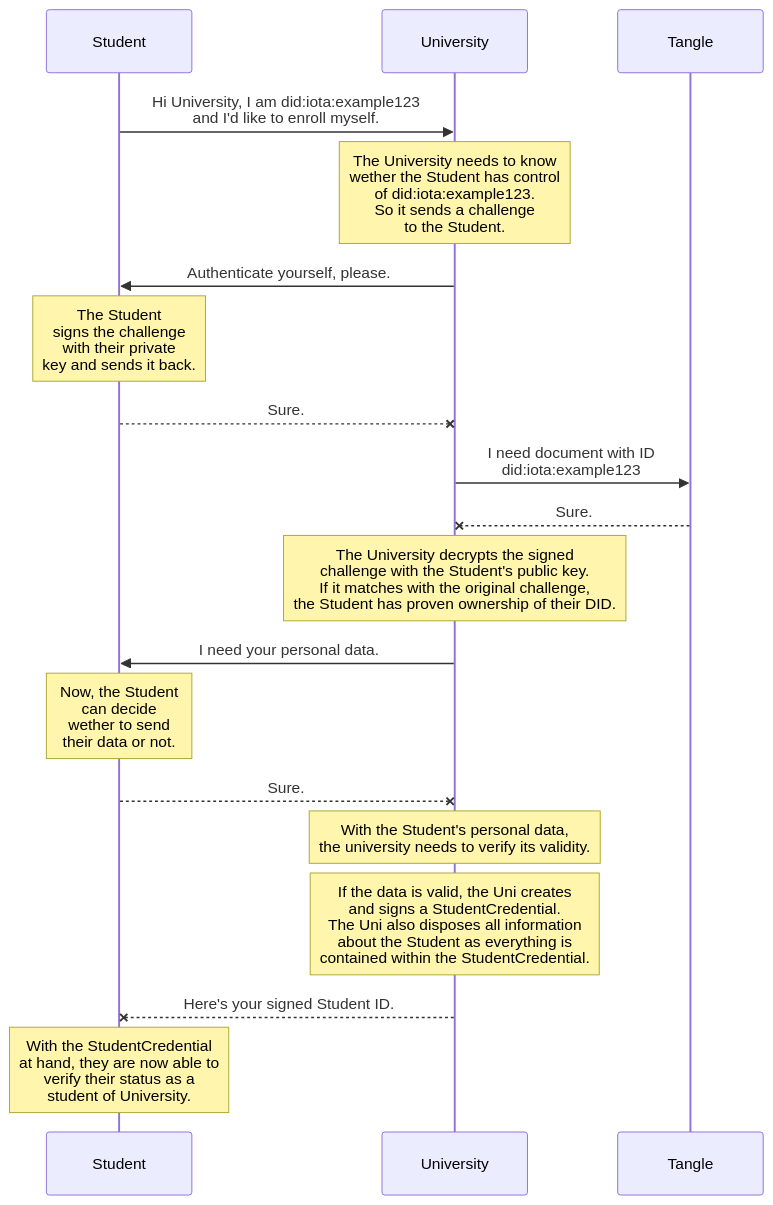
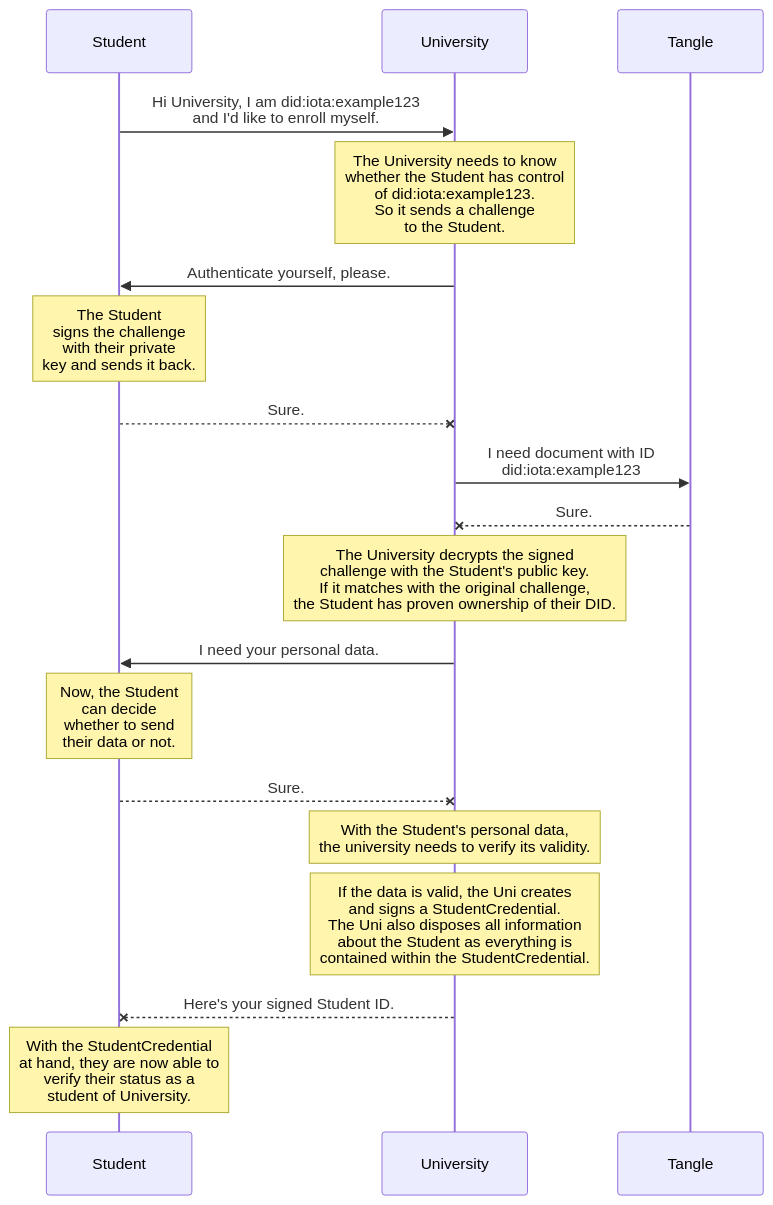
The diagram in README.md (kkmarv/IOTA-Digital-Student-ID), drawn with Mermaid before and after one commit.

Commit message:
minor spelling

````diff
--- a/README.md
+++ b/README.md
@@ -21,19 +21,19 @@
 ```mermaid
 sequenceDiagram
 
 Student ->> University: Hi University, I am did:iota:example123<br>and I'd like to enroll myself.
-Note over University: The University needs to know <br> wether the Student has control <br> of did:iota:example123. <br> So it sends a challenge <br> to the Student.
+Note over University: The University needs to know <br> whether the Student has control <br> of did:iota:example123. <br> So it sends a challenge <br> to the Student.
 University ->> Student: Authenticate yourself, please.
 Note over Student: The Student<br>signs the challenge <br> with their private <br> key and sends it back.
 Student --x University: Sure.
 University ->> Tangle: I need document with ID <br> did:iota:example123
-Tangle--xUniversity: Sure.
+Tangle --x University: Sure.
 Note over University: The University decrypts the signed <br> challenge with the Student's public key. <br> If it matches with the original challenge, <br> the Student has proven ownership of their DID.
 University ->> Student: I need your personal data.
-Note over Student: Now, the Student <br> can decide <br> wether to send <br> their data or not.
+Note over Student: Now, the Student <br> can decide <br> whether to send <br> their data or not.
 Student --x University: Sure.
 Note over University: With the Student's personal data, <br> the university needs to verify its validity.
 Note over University: If the data is valid, the Uni creates <br> and signs a StudentCredential. <br> The Uni also disposes all information <br> about the Student as everything is <br> contained within the StudentCredential.
 University --x Student: Here's your signed Student ID.
 Note over Student: With the StudentCredential <br> at hand, they are now able to <br> verify their status as a <br> student of University.
 ```
````
